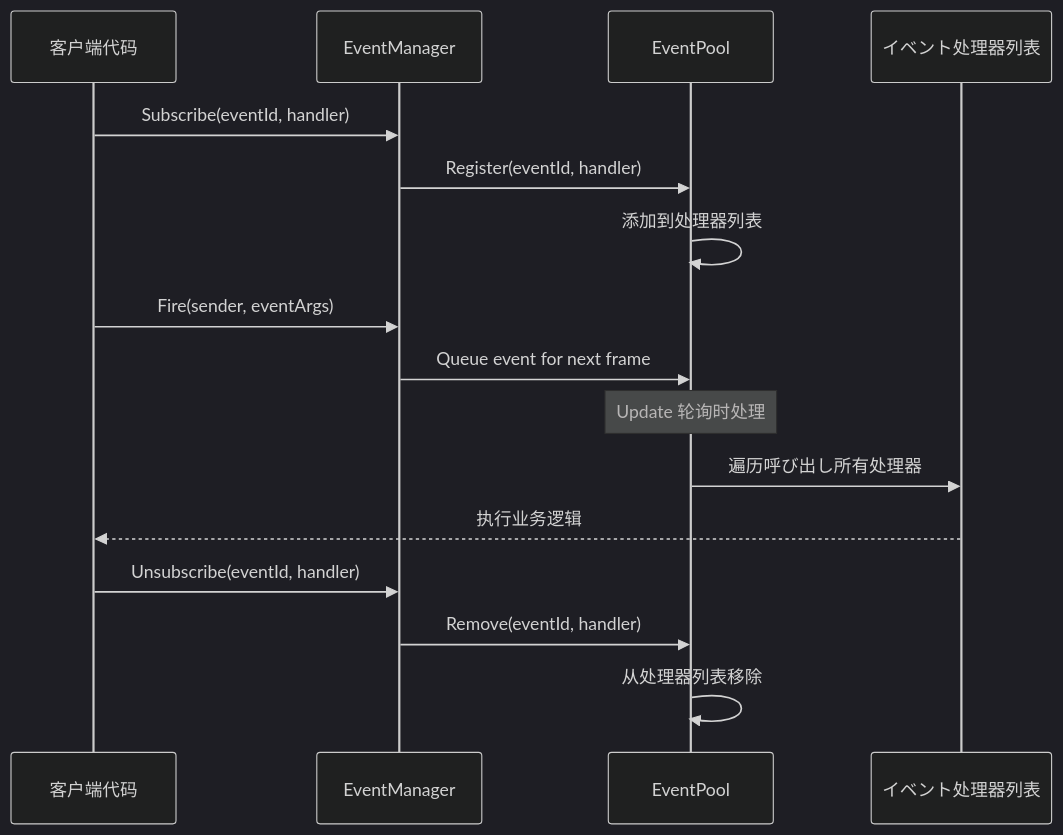
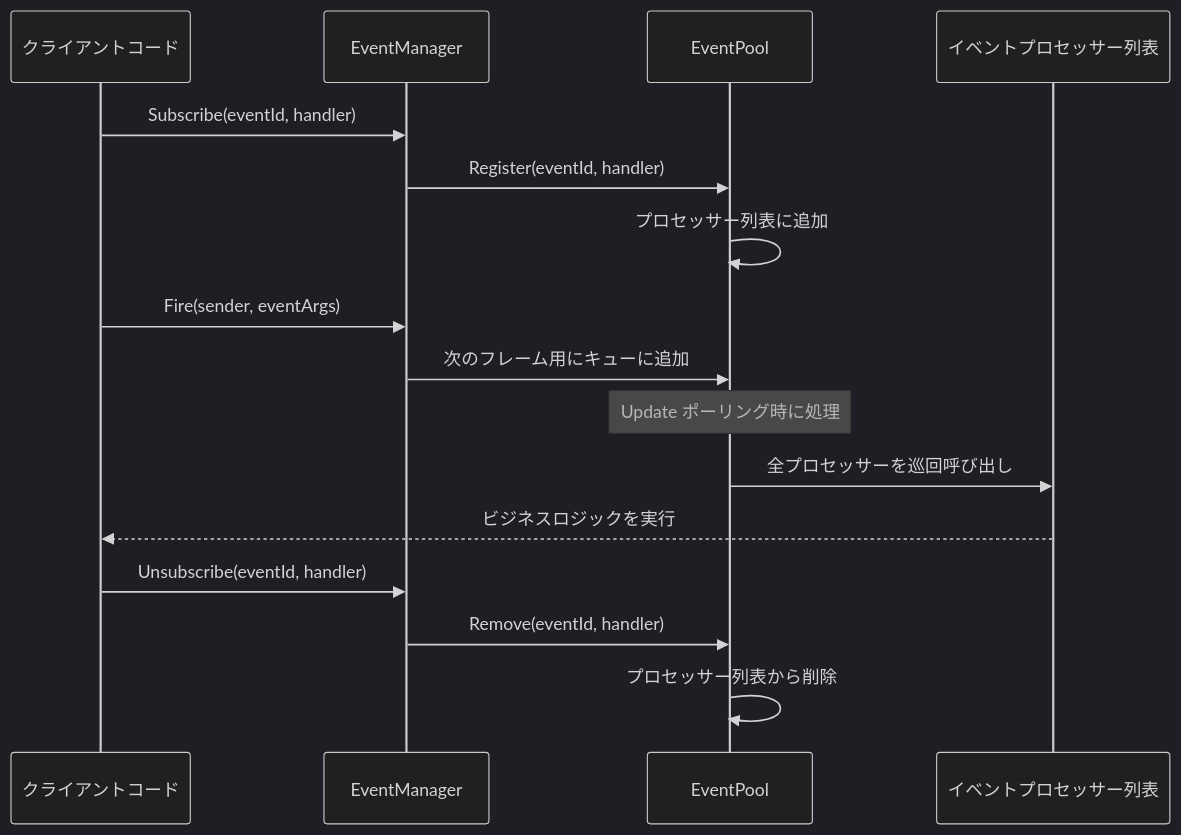
One commit to AlianBlank/GameFrameX.Docs changed the second of 3 diagrams in docs/ja/client/unity/component/event/06.event-manager.md. Above: the diagram before and after it, drawn with Mermaid (dark theme). The commit also changed other lines of this file and 320 other files, not shown here.

````diff
--- a/docs/ja/client/unity/component/event/06.event-manager.md
+++ b/docs/ja/client/unity/component/event/06.event-manager.md
@@ -59,22 +59,22 @@
 ```mermaid
 sequenceDiagram
-    participant Client as 客户端代码
+    participant Client as クライアントコード
     participant EM as EventManager
     participant Pool as EventPool
-    participant Handlers as イベント处理器列表
-    
+    participant Handlers as イベントプロセッサー列表
+
     Client->>EM: Subscribe(eventId, handler)
     EM->>Pool: Register(eventId, handler)
-    Pool->>Pool: 添加到处理器列表
-    
+    Pool->>Pool: プロセッサー列表に追加
+
     Client->>EM: Fire(sender, eventArgs)
-    EM->>Pool: Queue event for next frame
-    Note over Pool: Update 轮询时处理
-    
-    Pool->>Handlers: 遍历呼び出し所有处理器
-    Handlers-->>Client: 执行业务逻辑
-    
+    EM->>Pool: 次のフレーム用にキューに追加
+    Note over Pool: Update ポーリング時に処理
+
+    Pool->>Handlers: 全プロセッサーを巡回呼び出し
+    Handlers-->>Client: ビジネスロジックを実行
+
     Client->>EM: Unsubscribe(eventId, handler)
     EM->>Pool: Remove(eventId, handler)
-    Pool->>Pool: 从处理器列表移除
+    Pool->>Pool: プロセッサー列表から削除
 ```
````
